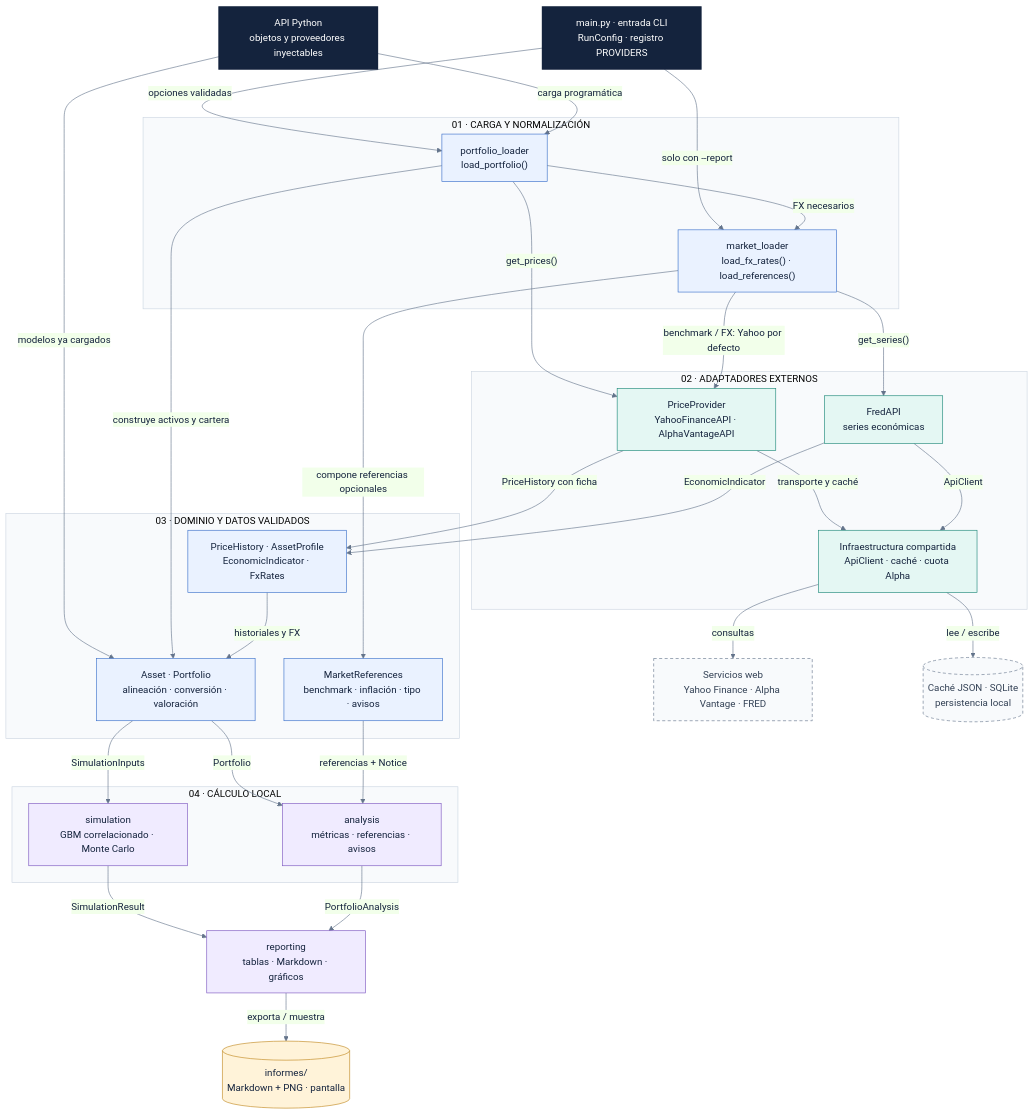
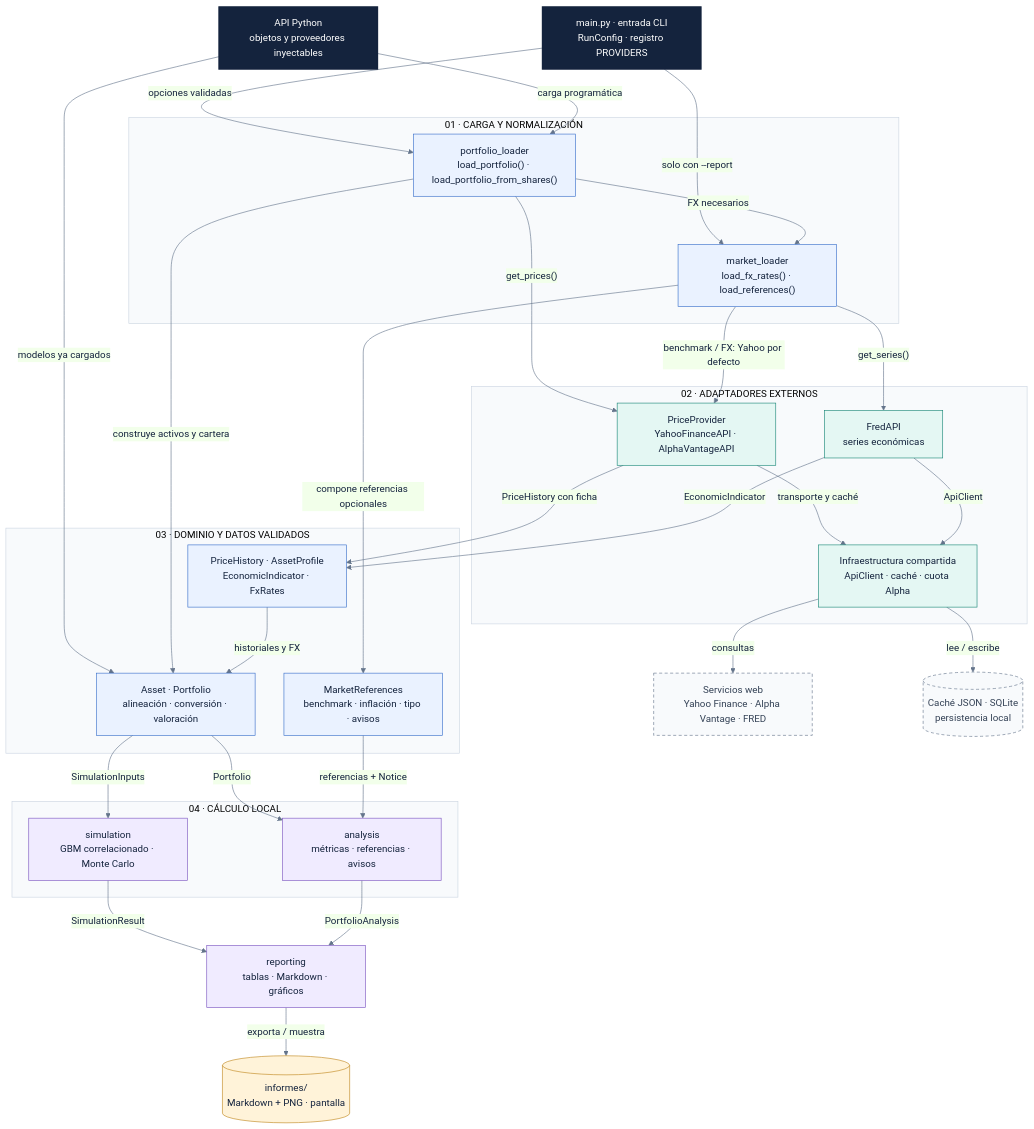
Before and after one commit to Diegopasfer1909/tallerb1-t1-equipo7: the diagram in diagramas/01-arquitectura.mmd, drawn with Mermaid. The commit also changed 13 other files, not shown here.

First line of the commit message:
Diagramas de arquitectura al día con la cartera por número de acciones

```diff
--- a/diagramas/01-arquitectura.mmd
+++ b/diagramas/01-arquitectura.mmd
@@ -1,62 +1,62 @@
 %% Componentes y responsabilidades: flechas de llamada/entrega, no de importación.
 %% Las fuentes auxiliares son las predeterminadas de CLI; Python admite inyección.
 %%{init: {"theme":"base","themeVariables":{"fontFamily":"Segoe UI, Arial, sans-serif","primaryColor":"#EAF2FF","primaryTextColor":"#14233D","primaryBorderColor":"#356CC9","lineColor":"#64748B","clusterBkg":"#F8FAFC","clusterBorder":"#CBD5E1"},"flowchart":{"curve":"basis","nodeSpacing":35,"rankSpacing":55}}}%%
 flowchart TB
     accTitle: B1-T1 · Arquitectura del sistema
     accDescr: Orquestación, adaptadores, dominio, cálculo y presentación.
     CLI["main.py · entrada CLI<br/>RunConfig · registro PROVIDERS"]:::navy
     PY["API Python<br/>objetos y proveedores inyectables"]:::navy
     subgraph LOAD["01 · CARGA Y NORMALIZACIÓN"]
-        PL["portfolio_loader<br/>load_portfolio()"]:::blue
+        PL["portfolio_loader<br/>load_portfolio() · load_portfolio_from_shares()"]:::blue
         ML["market_loader<br/>load_fx_rates() · load_references()"]:::blue
     end
     subgraph ADAPTERS["02 · ADAPTADORES EXTERNOS"]
         PRICE["PriceProvider<br/>YahooFinanceAPI · AlphaVantageAPI"]:::teal
         FRED["FredAPI<br/>series económicas"]:::teal
         SUPPORT["Infraestructura compartida<br/>ApiClient · caché · cuota Alpha"]:::teal
     end
     subgraph DOMAIN["03 · DOMINIO Y DATOS VALIDADOS"]
         MARKET["PriceHistory · AssetProfile<br/>EconomicIndicator · FxRates"]:::blue
         PORT["Asset · Portfolio<br/>alineación · conversión · valoración"]:::blue
         REF["MarketReferences<br/>benchmark · inflación · tipo · avisos"]:::blue
     end
     subgraph COMPUTE["04 · CÁLCULO LOCAL"]
         SIM["simulation<br/>GBM correlacionado · Monte Carlo"]:::violet
         ANA["analysis<br/>métricas · referencias · avisos"]:::violet
     end
     REP["reporting<br/>tablas · Markdown · gráficos"]:::violet
     NET["Servicios web<br/>Yahoo Finance · Alpha Vantage · FRED"]:::external
     DISK[("Caché JSON · SQLite<br/>persistencia local")]:::external
     OUTPUT[("informes/<br/>Markdown + PNG · pantalla")]:::amber
     CLI -->|"opciones validadas"| PL
     CLI -->|"solo con --report"| ML
     PY -->|"carga programática"| PL
     PY -->|"modelos ya cargados"| PORT
     PL -->|"FX necesarios"| ML
     PL -->|"get_prices()"| PRICE
     ML -->|"benchmark / FX: Yahoo por defecto"| PRICE
     ML -->|"get_series()"| FRED
     PRICE -->|"transporte y caché"| SUPPORT
     FRED -->|"ApiClient"| SUPPORT
     SUPPORT -->|"consultas"| NET
     SUPPORT -->|"lee / escribe"| DISK
     PRICE -->|"PriceHistory con ficha"| MARKET
     FRED -->|"EconomicIndicator"| MARKET
     PL -->|"construye activos y cartera"| PORT
     MARKET -->|"historiales y FX"| PORT
     ML -->|"compone referencias opcionales"| REF
     PORT -->|"SimulationInputs"| SIM
     PORT -->|"Portfolio"| ANA
     REF -->|"referencias + Notice"| ANA
     SIM -->|"SimulationResult"| REP
     ANA -->|"PortfolioAnalysis"| REP
     REP -->|"exporta / muestra"| OUTPUT
     classDef navy fill:#14233D,stroke:#14233D,color:#FFFFFF,stroke-width:2px;
     classDef blue fill:#EAF2FF,stroke:#356CC9,color:#14233D;
     classDef teal fill:#E4F7F3,stroke:#168575,color:#14233D;
     classDef violet fill:#F0EBFF,stroke:#7953BF,color:#14233D;
     classDef amber fill:#FFF3D9,stroke:#BF861B,color:#14233D;
     classDef external fill:#F8FAFC,stroke:#64748B,color:#334155,stroke-dasharray:5 4;
 %% Yahoo usa yfinance y las funciones de caché, no ApiClient.
 %% Alpha y FRED usan ApiClient; solo Alpha instala callbacks de cuota.
 %% El cálculo no descarga; reporting sí realiza E/S al exportar o mostrar.
```
